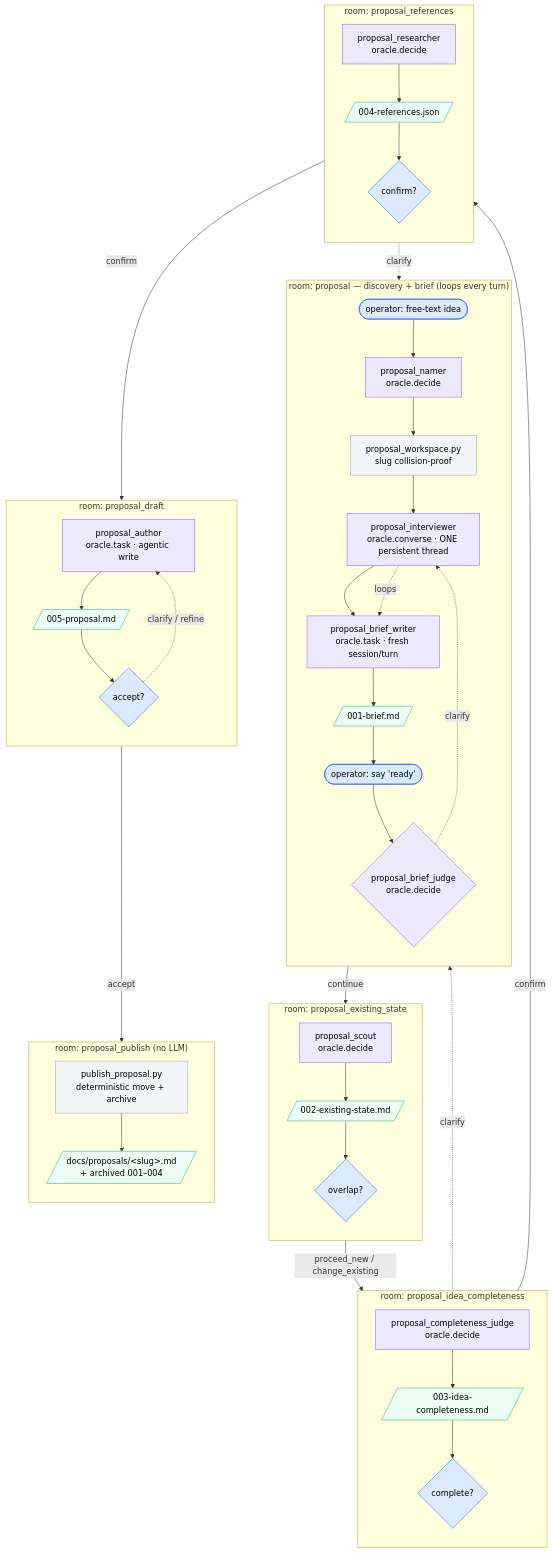
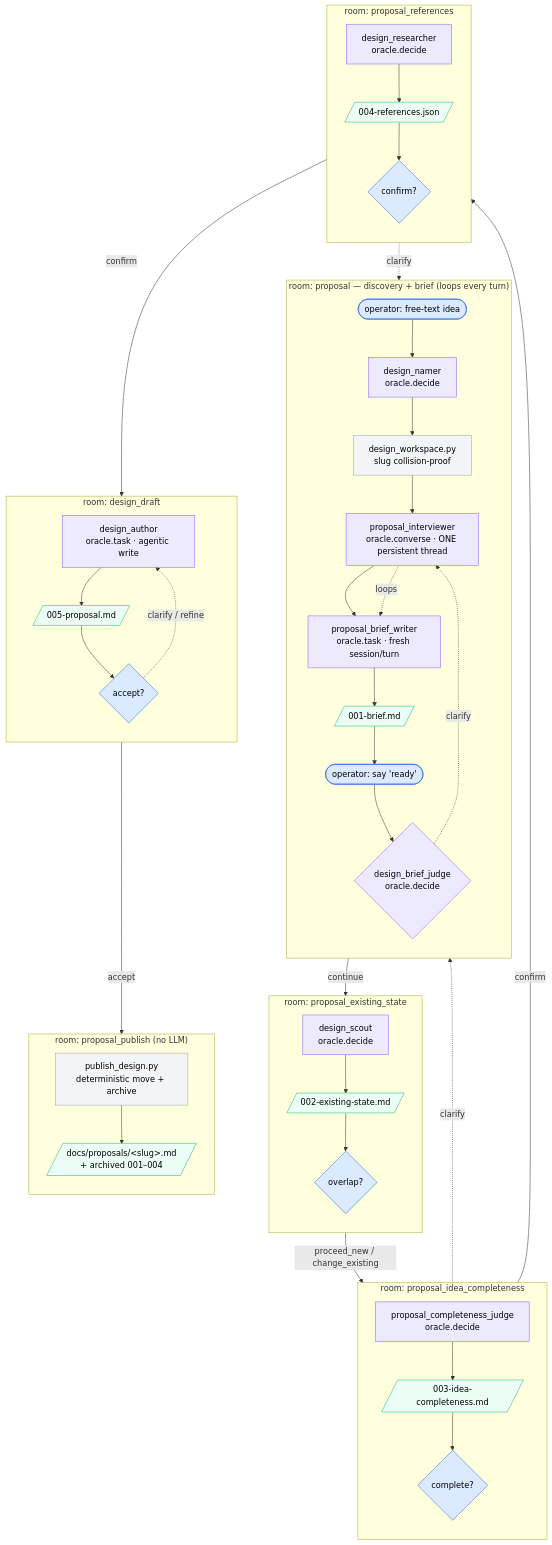
One commit to bsacrobatix/Kitsoki changed the fourth of 4 diagrams in docs/stories/architecture.md. Above: the diagram before and after it, drawn with Mermaid. The commit also changed other lines of this file and 72 other files, not shown here.

First line of the commit message:
feat(dev-story): PRD → Design walk + rename proposal pipeline to design

````diff
--- a/docs/stories/architecture.md
+++ b/docs/stories/architecture.md
@@ -1012,71 +1012,71 @@
 ```mermaid
 flowchart TD
     classDef llm   fill:#EDE9FE,stroke:#8B5CF6,color:#000
     classDef art   fill:#ECFDF5,stroke:#10B981,color:#000
     classDef det   fill:#F3F4F6,stroke:#9CA3AF,color:#000
     classDef human fill:#DBEAFE,stroke:#2563EB,color:#000
 
     subgraph P1["room: proposal — discovery + brief (loops every turn)"]
       direction TB
       idea(["operator: free-text idea"]):::human
-      namer["proposal_namer<br/>oracle.decide"]:::llm
-      uniq["proposal_workspace.py<br/>slug collision-proof"]:::det
+      namer["design_namer<br/>oracle.decide"]:::llm
+      uniq["design_workspace.py<br/>slug collision-proof"]:::det
       interv["proposal_interviewer<br/>oracle.converse · ONE persistent thread"]:::llm
       writer["proposal_brief_writer<br/>oracle.task · fresh session/turn"]:::llm
       brief[/"001-brief.md"/]:::art
       ready(["operator: say 'ready'"]):::human
-      judge{"proposal_brief_judge<br/>oracle.decide"}:::llm
+      judge{"design_brief_judge<br/>oracle.decide"}:::llm
       idea --> namer --> uniq --> interv --> writer --> brief
       interv -. loops .-> writer
       brief --> ready --> judge
       judge -. clarify .-> interv
     end
 
     subgraph P2["room: proposal_existing_state"]
       direction TB
-      scout["proposal_scout<br/>oracle.decide"]:::llm
+      scout["design_scout<br/>oracle.decide"]:::llm
       es[/"002-existing-state.md"/]:::art
       g1{"overlap?"}:::human
       scout --> es --> g1
     end
     judge -->|continue| scout
 
     subgraph P3["room: proposal_idea_completeness"]
       direction TB
       comp["proposal_completeness_judge<br/>oracle.decide"]:::llm
       ic[/"003-idea-completeness.md"/]:::art
       g2{"complete?"}:::human
       comp --> ic --> g2
     end
     g1 -->|"proceed_new / change_existing"| comp
 
     subgraph P4["room: proposal_references"]
       direction TB
-      res["proposal_researcher<br/>oracle.decide"]:::llm
+      res["design_researcher<br/>oracle.decide"]:::llm
       refs[/"004-references.json"/]:::art
       g3{"confirm?"}:::human
       res --> refs --> g3
     end
     g2 -->|confirm| res
 
-    subgraph P5["room: proposal_draft"]
+    subgraph P5["room: design_draft"]
       direction TB
-      author["proposal_author<br/>oracle.task · agentic write"]:::llm
+      author["design_author<br/>oracle.task · agentic write"]:::llm
       draft[/"005-proposal.md"/]:::art
       g4{"accept?"}:::human
       author --> draft --> g4
     end
     g3 -->|confirm| author
 
     subgraph P6["room: proposal_publish (no LLM)"]
       direction TB
-      pub["publish_proposal.py<br/>deterministic move + archive"]:::det
+      pub["publish_design.py<br/>deterministic move + archive"]:::det
       out[/"docs/proposals/&lt;slug&gt;.md<br/>+ archived 001–004"/]:::art
       pub --> out
     end
     g4 -->|accept| pub
 
     g2 -. clarify .-> interv
     g3 -. clarify .-> interv
     g4 -. "clarify / refine" .-> author
 ```
````
